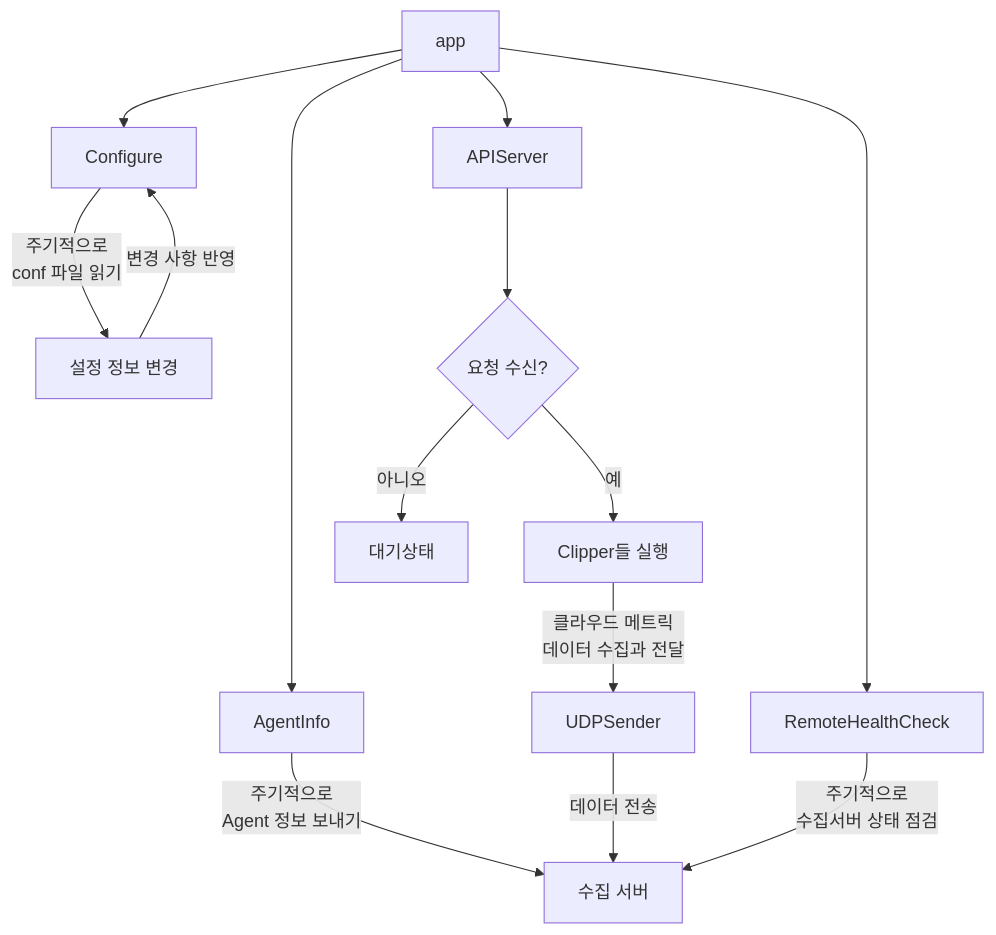
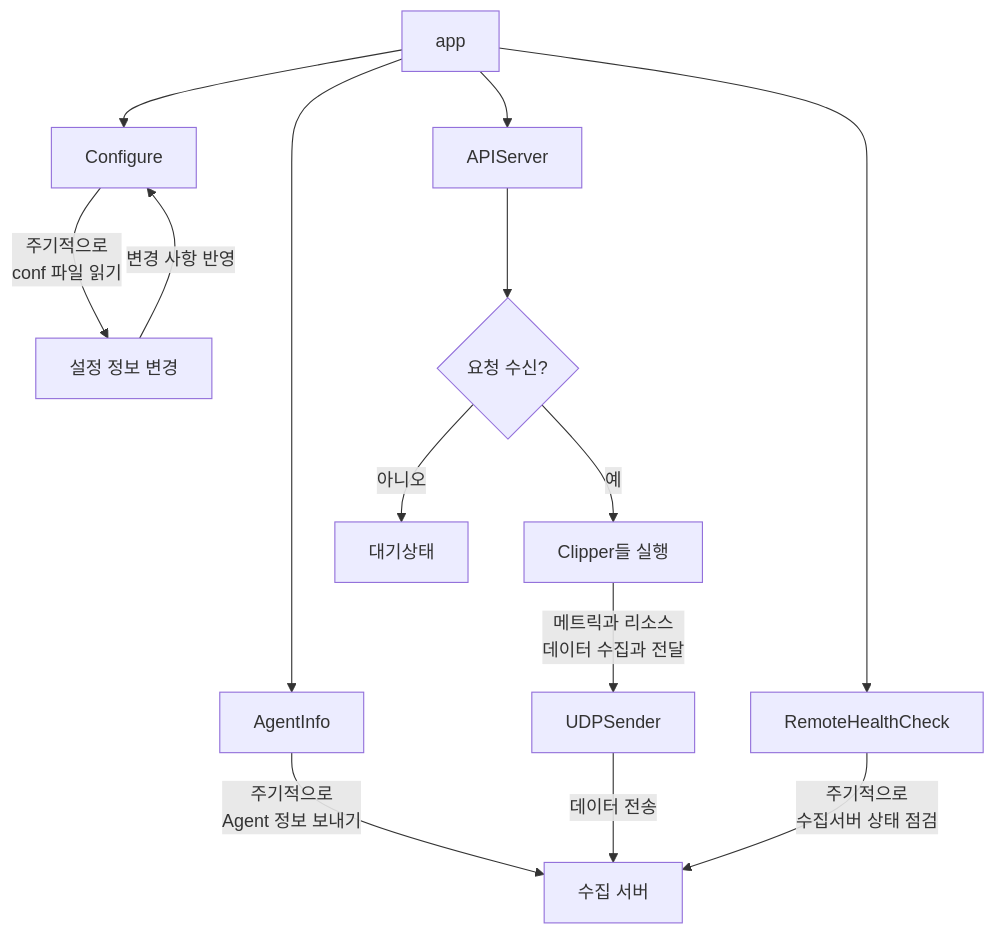
Before and after one commit to NodleKang/nodlekang.github.io: the first of 2 diagrams in _posts/golang/2025-01-03-cloud-agent.md, drawn with Mermaid.

```diff
--- a/_posts/golang/2025-01-03-cloud-agent.md
+++ b/_posts/golang/2025-01-03-cloud-agent.md
@@ -19,22 +19,22 @@
 <pre class="mermaid">
 flowchart TD
     App[app] --> Config[Configure]
     App --> APIserver[APIServer]
     App --> AgentInfo[AgentInfo]
     App --> RemoteHealthCheck[RemoteHealthCheck]
 
     Config -->|주기적으로 <br> conf 파일 읽기| Config1[설정 정보 변경]
     Config1 -->|변경 사항 반영| Config
 
     AgentInfo -->|주기적으로 <br> Agent 정보 보내기| CollectServer[수집 서버]
 
     APIserver --> Q{요청 수신?}
 
     Q -->|예| Clippers[Clipper들 실행]
     Q -->|아니오| W[대기상태]
     
-    Clippers -->|클라우드 메트릭 <br> 데이터 수집과 전달| UDPSender
+    Clippers -->|메트릭과 리소스 <br> 데이터 수집과 전달| UDPSender
     UDPSender -->|데이터 전송| CollectServer[수집 서버]
 
     RemoteHealthCheck -->|주기적으로 <br>수집서버 상태 점검| CollectServer[수집 서버]
 </pre>
```
